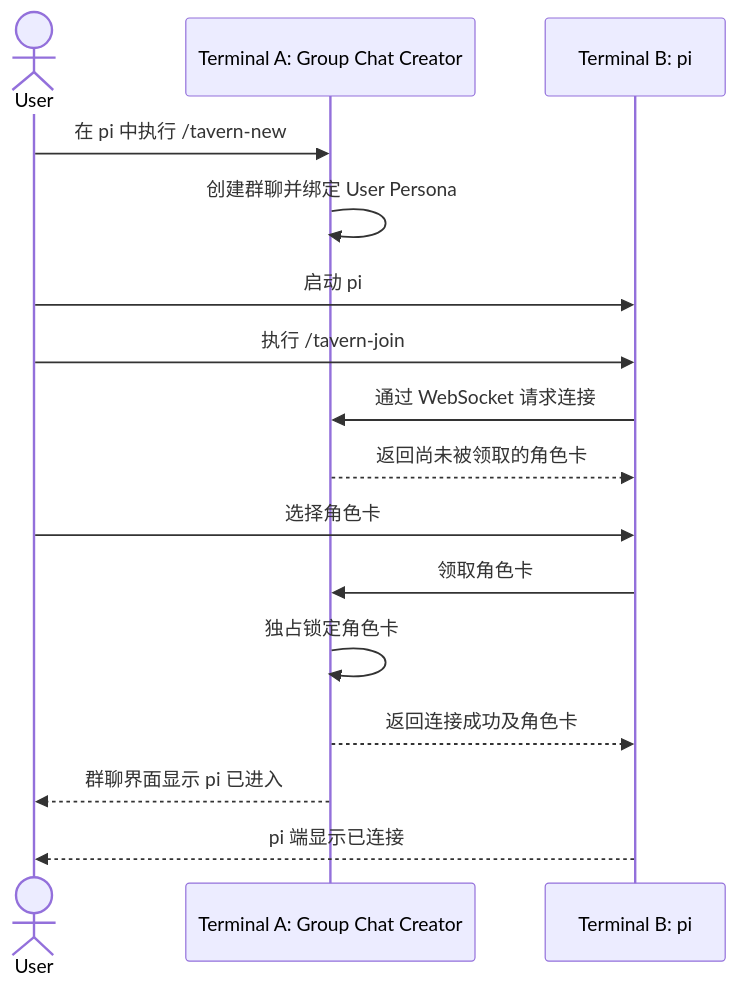
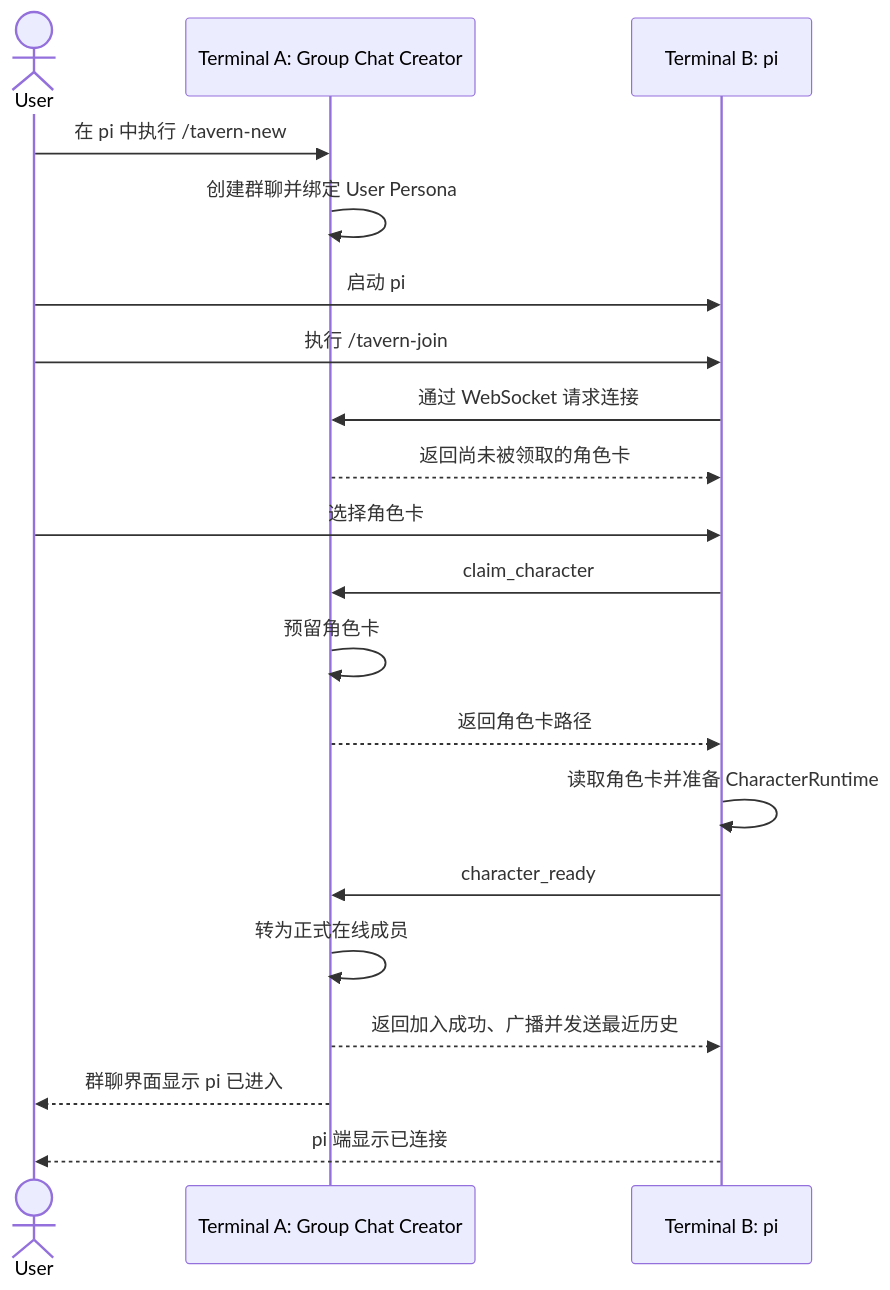
One commit to icylight/pi-tavern changed the diagram in docs/interaction-model.md. Above: the diagram before and after it, drawn with Mermaid. The commit also changed other lines of this file and 4 other files, not shown here.

Commit message:
docs: design pi extension runtime architecture

````diff
--- a/docs/interaction-model.md
+++ b/docs/interaction-model.md
@@ -127,19 +132,23 @@
 ```mermaid
 sequenceDiagram
     actor User
     participant Creator as Terminal A: Group Chat Creator
     participant CharacterPi as Terminal B: pi
 
     User->>Creator: 在 pi 中执行 /tavern-new
     Creator->>Creator: 创建群聊并绑定 User Persona
     User->>CharacterPi: 启动 pi
     User->>CharacterPi: 执行 /tavern-join
     CharacterPi->>Creator: 通过 WebSocket 请求连接
     Creator-->>CharacterPi: 返回尚未被领取的角色卡
     User->>CharacterPi: 选择角色卡
-    CharacterPi->>Creator: 领取角色卡
-    Creator->>Creator: 独占锁定角色卡
-    Creator-->>CharacterPi: 返回连接成功及角色卡
+    CharacterPi->>Creator: claim_character
+    Creator->>Creator: 预留角色卡
+    Creator-->>CharacterPi: 返回角色卡路径
+    CharacterPi->>CharacterPi: 读取角色卡并准备 CharacterRuntime
+    CharacterPi->>Creator: character_ready
+    Creator->>Creator: 转为正式在线成员
+    Creator-->>CharacterPi: 返回加入成功、广播并发送最近历史
     Creator-->>User: 群聊界面显示 pi 已进入
     CharacterPi-->>User: pi 端显示已连接
 ```
````
